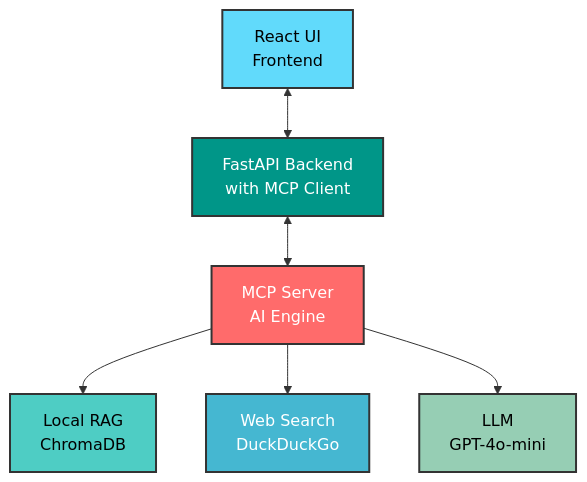
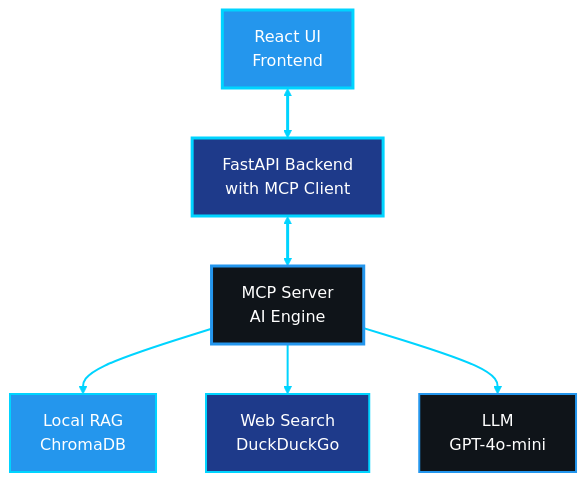
The diagram in PROJECT_REPORT.md (ubuitrago/ContainerShip), drawn with Mermaid before and after one commit. The commit also changed other lines of this file and 5 other files, not shown here.

````diff
--- a/PROJECT_REPORT.md
+++ b/PROJECT_REPORT.md
@@ -49,16 +49,22 @@
 ```mermaid
 graph TD
     A[React UI<br/>Frontend] <--> B[FastAPI Backend<br/>with MCP Client]
     B <--> C[MCP Server<br/>AI Engine]
     
     C --> D[Local RAG<br/>ChromaDB]
     C --> E[Web Search<br/>DuckDuckGo]
     C --> F[LLM<br/>GPT-4o-mini]
     
-    style A fill:#61dafb,stroke:#333,stroke-width:2px,color:#000
-    style B fill:#009688,stroke:#333,stroke-width:2px,color:#fff
-    style C fill:#ff6b6b,stroke:#333,stroke-width:2px,color:#fff
-    style D fill:#4ecdc4,stroke:#333,stroke-width:2px,color:#000
-    style E fill:#45b7d1,stroke:#333,stroke-width:2px,color:#fff
-    style F fill:#96ceb4,stroke:#333,stroke-width:2px,color:#000
+    style A fill:#2496ed,stroke:#00d4ff,stroke-width:3px,color:#ffffff
+    style B fill:#1e3a8a,stroke:#00d4ff,stroke-width:3px,color:#ffffff
+    style C fill:#0f1419,stroke:#2496ed,stroke-width:3px,color:#ffffff
+    style D fill:#2496ed,stroke:#00d4ff,stroke-width:2px,color:#ffffff
+    style E fill:#1e3a8a,stroke:#00d4ff,stroke-width:2px,color:#ffffff
+    style F fill:#0f1419,stroke:#2496ed,stroke-width:2px,color:#ffffff
+    
+    linkStyle 0 stroke:#00d4ff,stroke-width:3px
+    linkStyle 1 stroke:#00d4ff,stroke-width:3px
+    linkStyle 2 stroke:#00d4ff,stroke-width:2px
+    linkStyle 3 stroke:#00d4ff,stroke-width:2px
+    linkStyle 4 stroke:#00d4ff,stroke-width:2px
 ```
````
